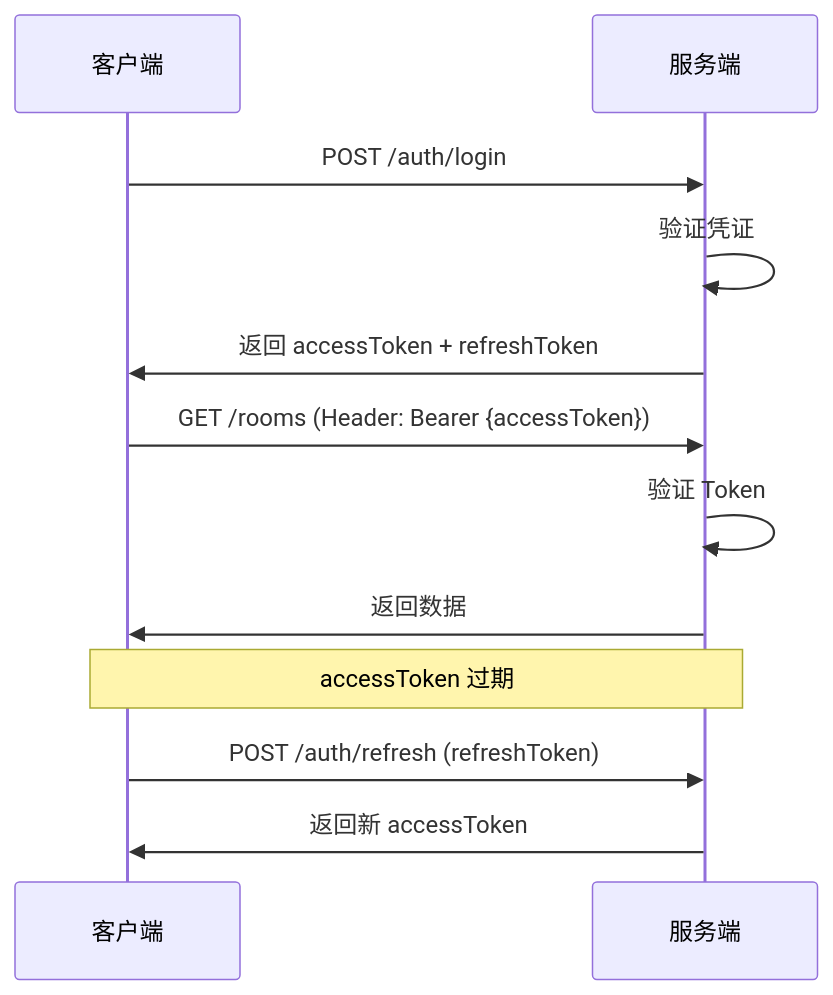
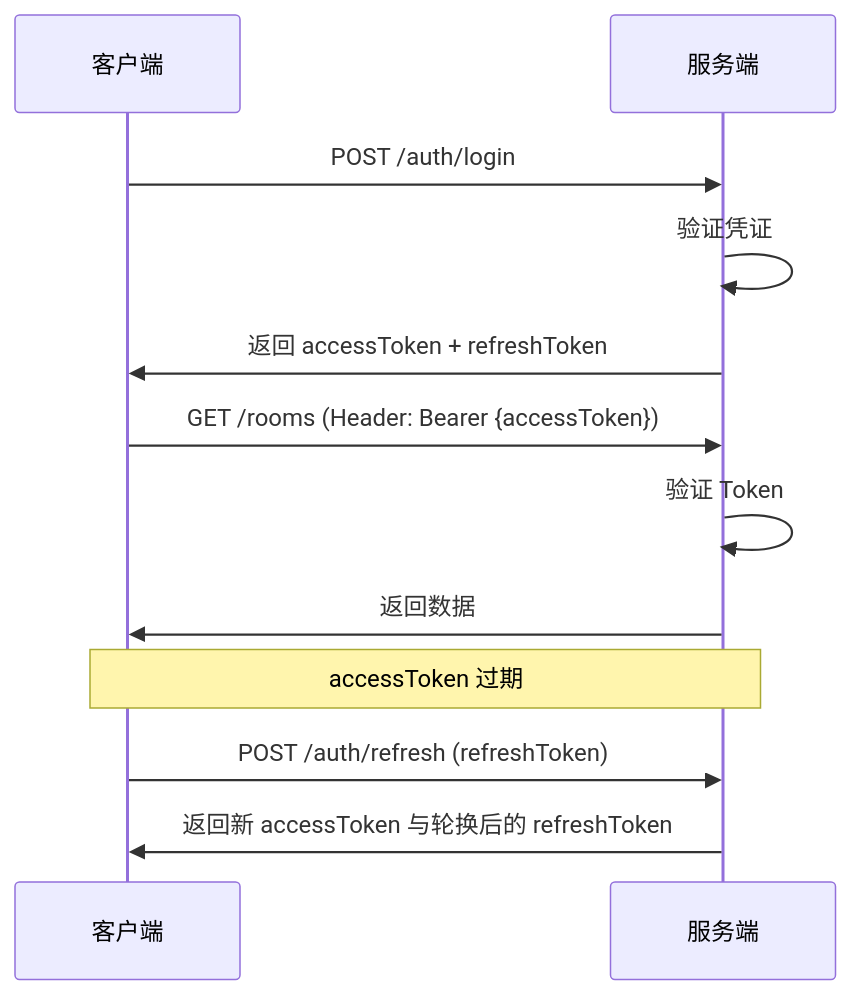
One commit to tyyt53909-create/tenant-management-system changed the diagram in docs/05-接口规范.md. Above: the diagram before and after it, drawn with Mermaid. The commit also changed other lines of this file and 26 other files, not shown here.

First line of the commit message:
feat(auth): 轮换并撤销 Refresh Token

````diff
--- a/docs/05-接口规范.md
+++ b/docs/05-接口规范.md
@@ -423,15 +423,15 @@
 ```mermaid
 sequenceDiagram
     客户端->>服务端: POST /auth/login
     服务端->>服务端: 验证凭证
     服务端->>客户端: 返回 accessToken + refreshToken
     
     客户端->>服务端: GET /rooms (Header: Bearer {accessToken})
     服务端->>服务端: 验证 Token
     服务端->>客户端: 返回数据
     
     Note over 客户端,服务端: accessToken 过期
     
     客户端->>服务端: POST /auth/refresh (refreshToken)
-    服务端->>客户端: 返回新 accessToken
+    服务端->>客户端: 返回新 accessToken 与轮换后的 refreshToken
 ```
````
